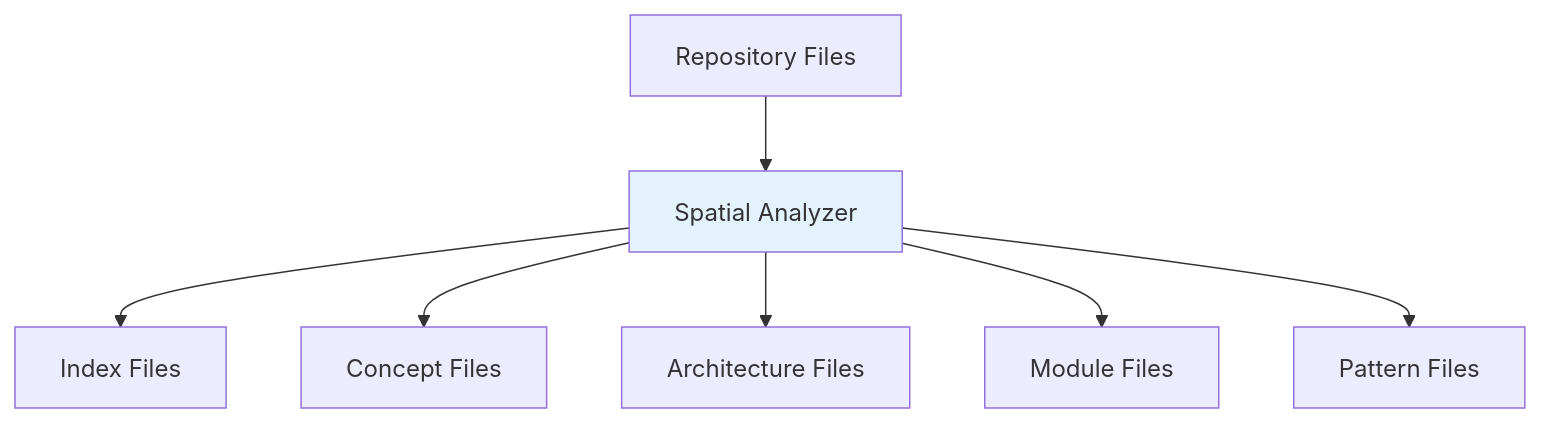
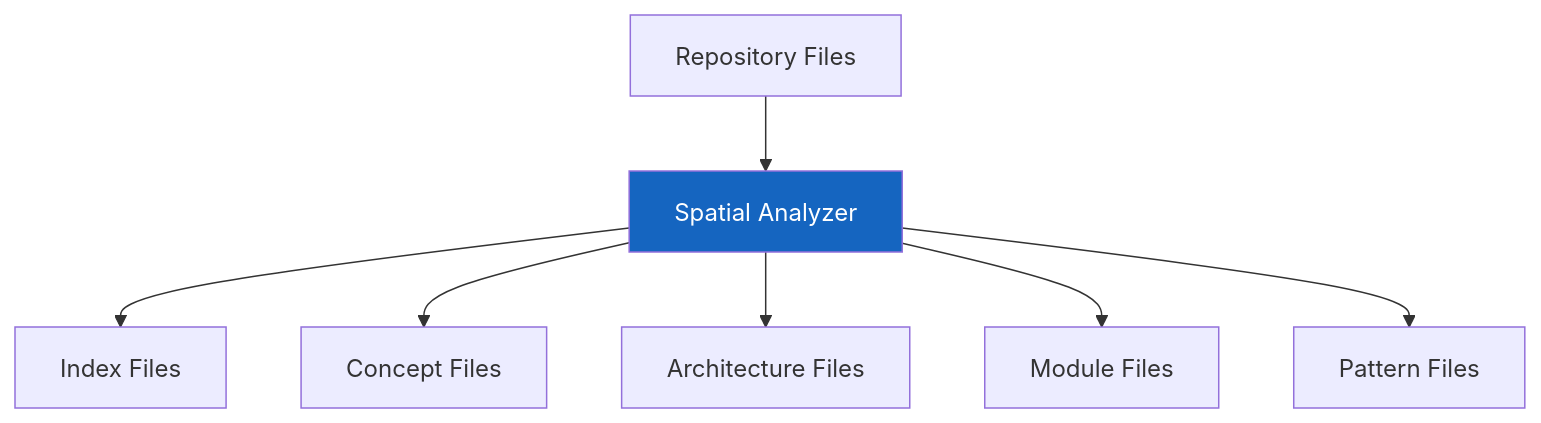
Before and after one commit to rp1-run/rp1: the second of 6 diagrams in docs/concepts/map-reduce-workflows.md, drawn with Mermaid. The commit also changed other lines of this file and 17 other files, not shown here.

````diff
--- a/docs/concepts/map-reduce-workflows.md
+++ b/docs/concepts/map-reduce-workflows.md
@@ -49,12 +49,12 @@
 ```mermaid
 flowchart TB
     Repo[Repository Files] --> SA[Spatial Analyzer]
 
     SA --> Index[Index Files]
     SA --> Concepts[Concept Files]
     SA --> Arch[Architecture Files]
     SA --> Modules[Module Files]
     SA --> Patterns[Pattern Files]
 
-    style SA fill:#e3f2fd
+    style SA fill:#1565c0,color:#fff
 ```
````
